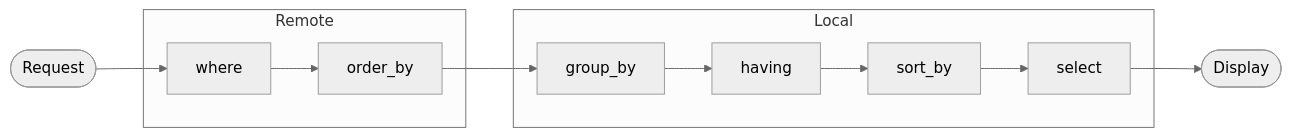
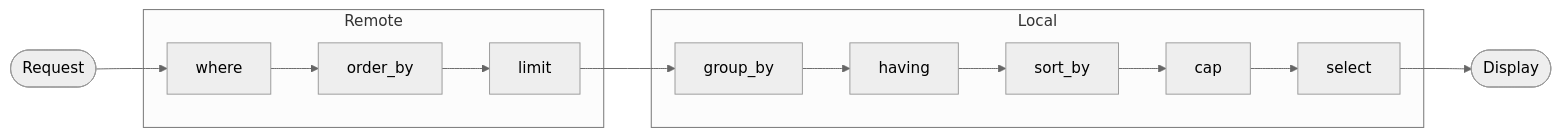
One commit to coddingtonbear/jira-select changed the diagram in docs/query_lifecycle.rst. Above: the diagram before and after it, drawn with Mermaid (neutral theme). The commit also changed other lines of this file and 5 other files, not shown here.

Commit message:
Adding new cap section allowing you to limit post-grouping count of rows.

```diff
--- a/docs/query_lifecycle.rst
+++ b/docs/query_lifecycle.rst
@@ -4,16 +4,18 @@
 .. mermaid::
 
    graph LR
         req([Request])
         req-->where
         subgraph Remote
             where-->order_by
+            order_by-->limit
         end
         subgraph Local
-            order_by-->group_by
+            limit-->group_by
             group_by-->having
             having-->sort_by
-            sort_by-->select
+            sort_by-->cap
+            cap-->select
         end
         result([Display])
         select-->result
```
